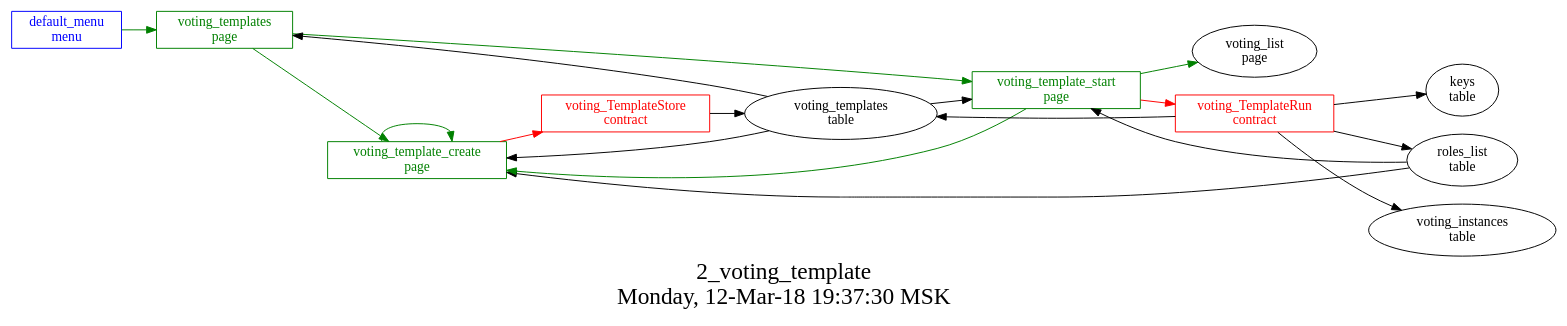
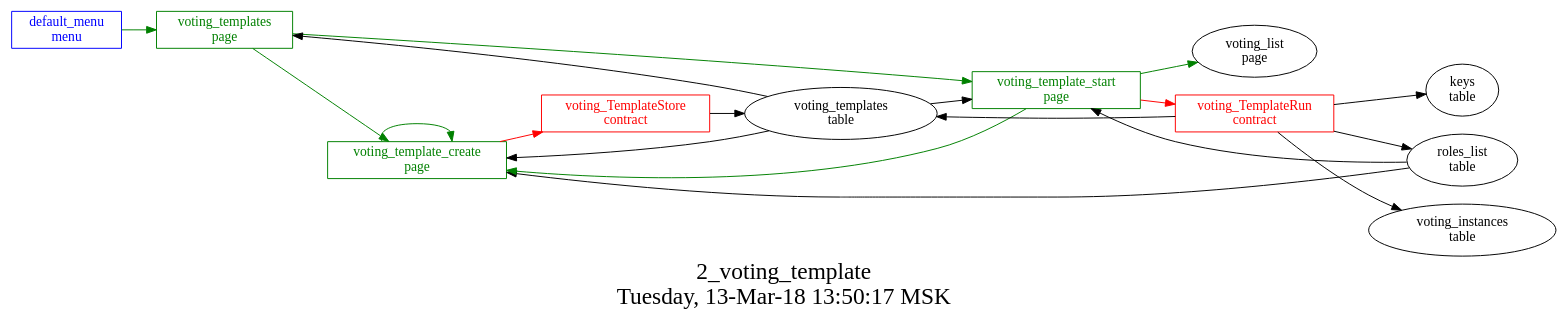
One commit to AplaProject/apps changed the diagram in src/basic/basic_main/2_voting_templates/struct.dot. Above: the diagram before and after it, drawn with Graphviz. The commit also changed 6 other files, not shown here.

```diff
--- a/src/basic/basic_main/2_voting_templates/struct.dot
+++ b/src/basic/basic_main/2_voting_templates/struct.dot
@@ -1,35 +1,35 @@
 digraph G {
 graph [
   fontsize="24";
-  label="2_voting_template\nMonday, 12-Mar-18 19:37:30 MSK";
+  label="2_voting_template\nTuesday, 13-Mar-18 13:50:17 MSK";
   nojustify=true;
   ordering=out;
   rankdir=LR;
   size="30";
 ];
 "default_menu\nmenu" -> "voting_templates\npage"  [ color=green ]
 "default_menu\nmenu" [color=blue, fontcolor=blue, group=menus, shape=record];
 "voting_template_create\npage" -> "voting_TemplateStore\ncontract"  [ color=red ]
 "voting_templates\ntable" -> "voting_template_create\npage"  [ color="" ]
 "roles_list\ntable" -> "voting_template_create\npage"  [ color="" ]
 "voting_template_create\npage" -> "voting_template_create\npage"  [ color=green ]
 "voting_template_create\npage" [color=green, fontcolor=green, group=pages, shape=record];
 "voting_template_start\npage" -> "voting_TemplateRun\ncontract"  [ color=red ]
 "voting_templates\ntable" -> "voting_template_start\npage"  [ color="" ]
 "roles_list\ntable" -> "voting_template_start\npage"  [ color="" ]
 "voting_template_start\npage" -> "voting_template_create\npage"  [ color=green ]
 "voting_template_start\npage" -> "voting_list\npage"  [ color=green ]
 "voting_template_start\npage" [color=green, fontcolor=green, group=pages, shape=record];
 "voting_templates\ntable" -> "voting_templates\npage"  [ color="" ]
 "voting_templates\npage" -> "voting_template_start\npage"  [ color=green ]
 "voting_templates\npage" -> "voting_template_create\npage"  [ color=green ]
 "voting_templates\npage" [color=green, fontcolor=green, group=pages, shape=record];
 "voting_TemplateRun\ncontract" -> "voting_templates\ntable"  [ color="" ]
 "voting_TemplateRun\ncontract" -> "keys\ntable"  [ color="" ]
 "voting_TemplateRun\ncontract" -> "roles_list\ntable"  [ color="" ]
 "voting_TemplateRun\ncontract" -> "voting_instances\ntable"  [ color="" ]
 "voting_TemplateRun\ncontract" [color=red, fontcolor=red, group=contracts, shape=record];
 "voting_TemplateStore\ncontract" -> "voting_templates\ntable"  [ color="" ]
 "voting_TemplateStore\ncontract" [color=red, fontcolor=red, group=contracts, shape=record];
 "voting_templates\ntable" [color="", fontcolor="", group=tables, shape=""];
 }
```
